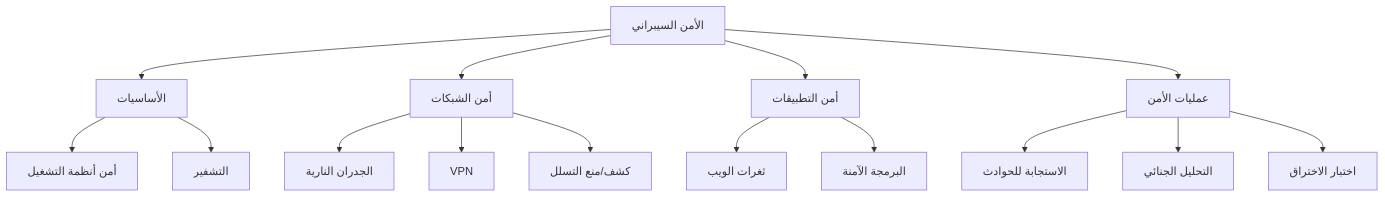
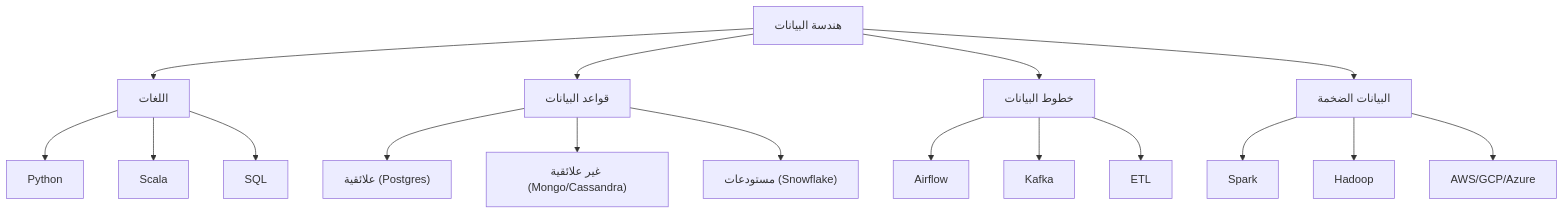
One commit to YoussefAshraf711/computer-science changed the diagram in data-engineering/README_ar.md. Above: the diagram before and after it, drawn with Mermaid. The commit also changed other lines of this file and 1 other file, not shown here.

````diff
--- a/data-engineering/README_ar.md
+++ b/data-engineering/README_ar.md
@@ -9,21 +9,23 @@
 ```mermaid
 graph TD
-    Sec[الأمن السيبراني] --> Fund[الأساسيات]
-    Sec --> NetSec[أمن الشبكات]
-    Sec --> AppSec[أمن التطبيقات]
-    Sec --> Ops[عمليات الأمن]
+    DE[هندسة البيانات] --> Lang[اللغات]
+    DE --> DB[قواعد البيانات]
+    DE --> Pipe[خطوط البيانات]
+    DE --> Big[البيانات الضخمة]
 
-    Fund --> OS[أمن أنظمة التشغيل]
-    Fund --> Crypto[التشفير]
+    Lang --> Py[Python]
+    Lang --> Scala
+    Lang --> SQL
 
-    NetSec --> Fire[الجدران النارية]
-    NetSec --> VPN
-    NetSec --> IDS[كشف/منع التسلل]
+    DB --> Rel["علائقية (Postgres)"]
+    DB --> NoSQL["غير علائقية (Mongo/Cassandra)"]
+    DB --> WH["مستودعات (Snowflake)"]
 
-    AppSec --> Web[ثغرات الويب]
-    AppSec --> Code[البرمجة الآمنة]
+    Pipe --> Air[Airflow]
+    Pipe --> Kafka
+    Pipe --> ETL
 
-    Ops --> Inc[الاستجابة للحوادث]
-    Ops --> Foren[التحليل الجنائي]
-    Ops --> Pen[اختبار الاختراق]
+    Big --> Spark
+    Big --> Hadoop
+    Big --> Cloud[AWS/GCP/Azure]
 ```
````
